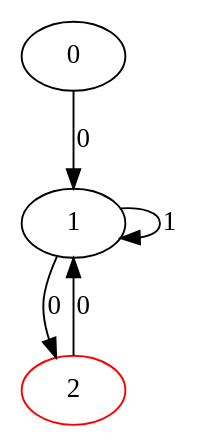
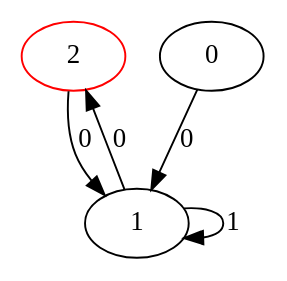
The diagram in det/det/output.dot (fedjakova-anastasija/TofAandFL), drawn with Graphviz before and after one commit. The commit also changed 11 other files, not shown here.

```diff
--- a/det/det/output.dot
+++ b/det/det/output.dot
@@ -1,9 +1,7 @@
-digraph DeterminatedStateMachine {
-0
-1
+digraph Avtomatic {
 2 [color = red]
 	0->1[label=0]
 	1->2[label=0]
 	1->1[label=1]
 	2->1[label=0]
 }
```
